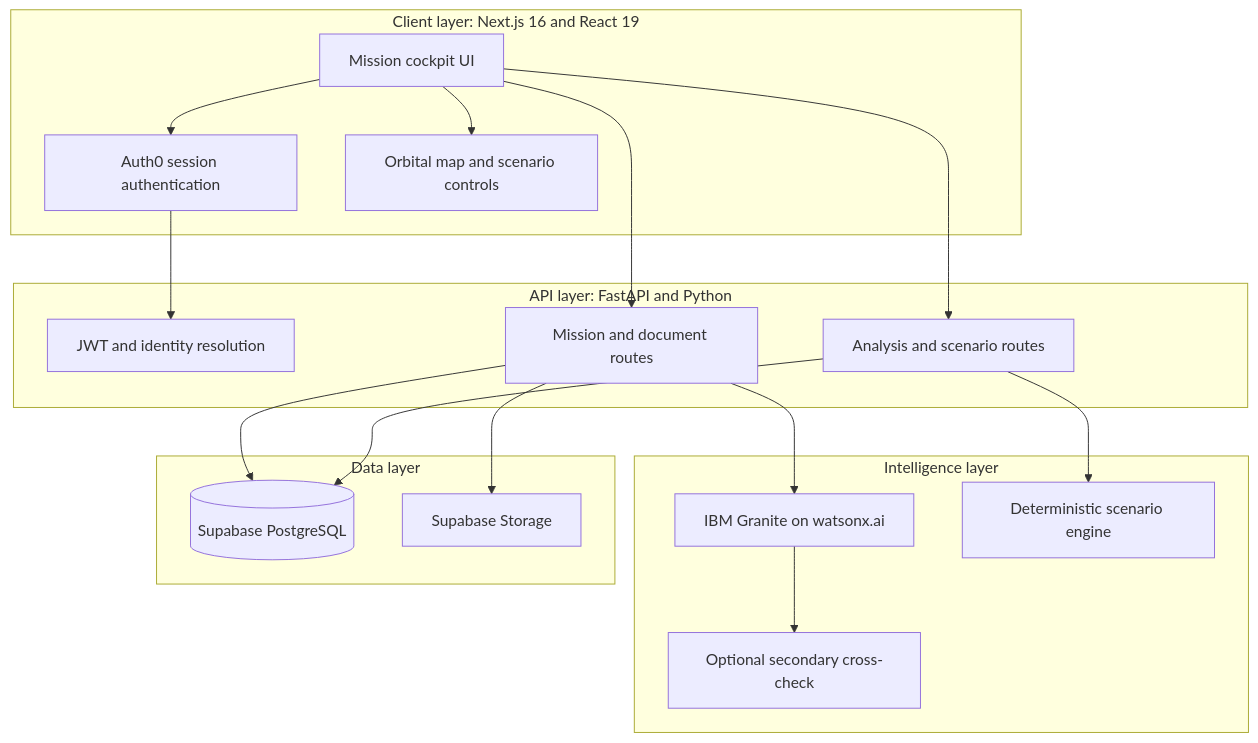
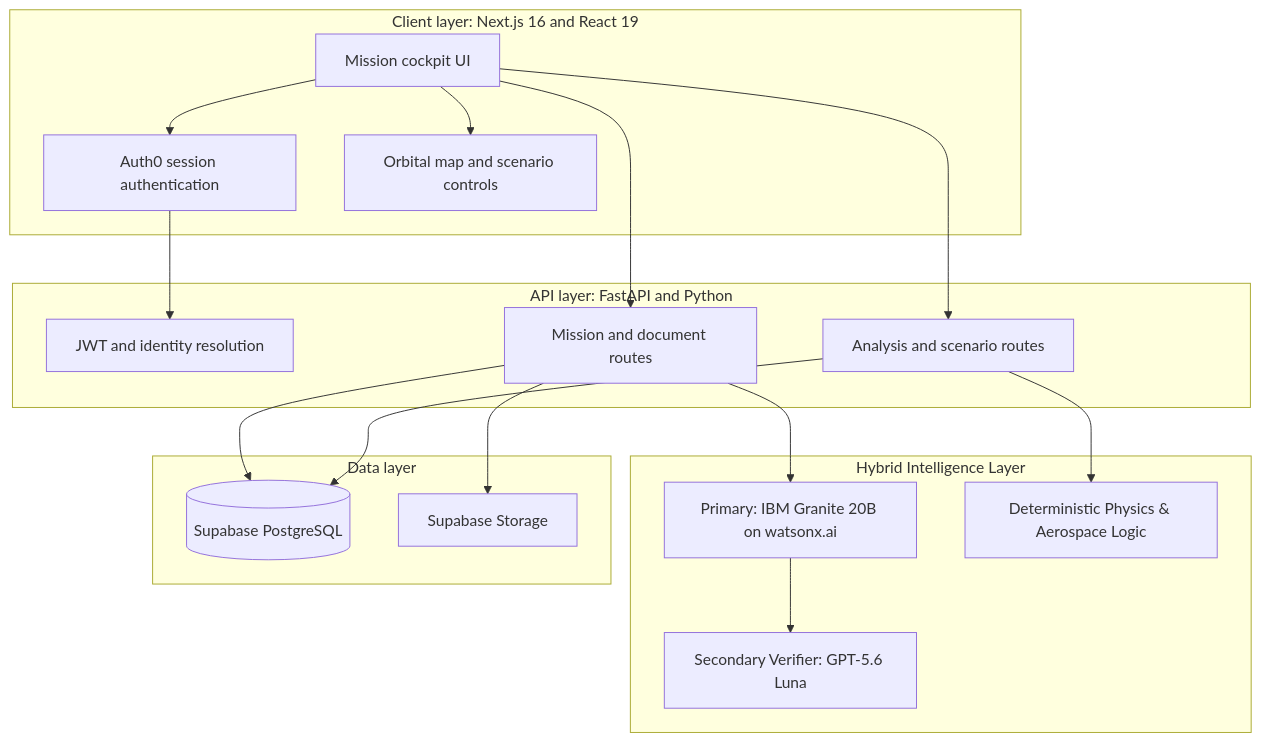
One commit to KaziRahimu123/EnPlanIt changed the diagram in README.md. Above: the diagram before and after it, drawn with Mermaid. The commit also changed other lines of this file and 1 other file, not shown here.

Commit message:
Document hybrid AI pipeline of IBM Granite 20B on watsonx.ai and GPT-5.6 Luna in README and Judge Guide

````diff
--- a/README.md
+++ b/README.md
@@ -73,37 +73,37 @@
 ```mermaid
 flowchart TD
     subgraph Client["Client layer: Next.js 16 and React 19"]
         UI["Mission cockpit UI"]
         AuthClient["Auth0 session authentication"]
         Visuals["Orbital map and scenario controls"]
     end
 
     subgraph API["API layer: FastAPI and Python"]
         AuthAPI["JWT and identity resolution"]
         MissionAPI["Mission and document routes"]
         AnalysisAPI["Analysis and scenario routes"]
     end
 
-    subgraph Intelligence["Intelligence layer"]
-        Granite["IBM Granite on watsonx.ai"]
-        Verifier["Optional secondary cross-check"]
-        Physics["Deterministic scenario engine"]
+    subgraph Intelligence["Hybrid Intelligence Layer"]
+        Granite["Primary: IBM Granite 20B on watsonx.ai"]
+        Verifier["Secondary Verifier: GPT-5.6 Luna"]
+        Physics["Deterministic Physics & Aerospace Logic"]
     end
 
     subgraph Data["Data layer"]
         Database[("Supabase PostgreSQL")]
         Storage["Supabase Storage"]
     end
 
     UI --> AuthClient
     UI --> Visuals
     AuthClient --> AuthAPI
     UI --> MissionAPI
     UI --> AnalysisAPI
     MissionAPI --> Granite
     Granite --> Verifier
     AnalysisAPI --> Physics
     MissionAPI --> Database
     AnalysisAPI --> Database
     MissionAPI --> Storage
 ```
````
